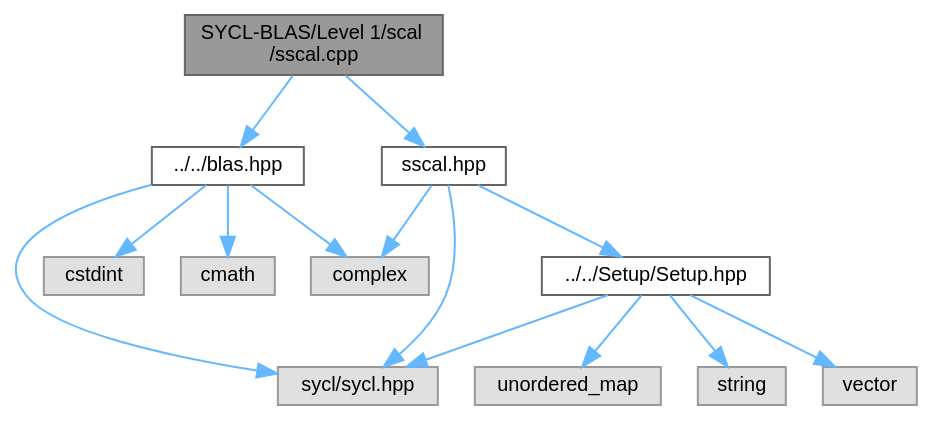
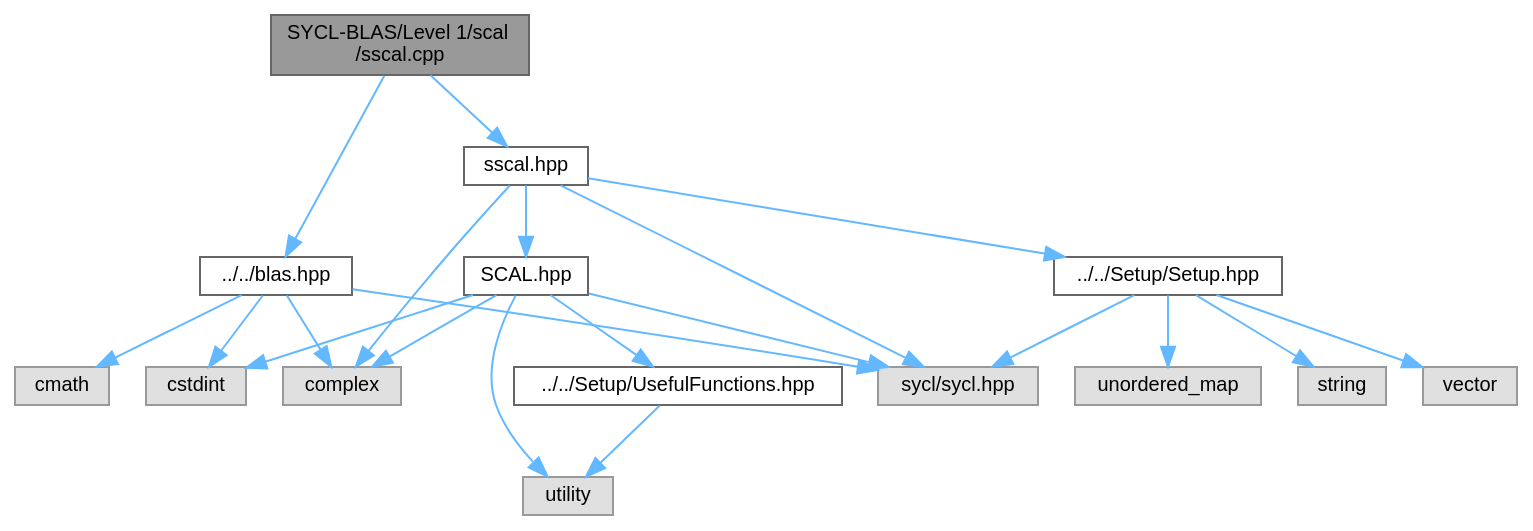
The diagram in docs/sscal_8cpp__incl.dot (Mayukh-Banik/SYCL-BLAS), drawn with Graphviz before and after one commit. The commit also changed 132 other files, not shown here.

```diff
--- a/docs/sscal_8cpp__incl.dot
+++ b/docs/sscal_8cpp__incl.dot
@@ -1,31 +1,41 @@
 digraph "SYCL-BLAS/Level 1/scal/sscal.cpp"
 {
  // LATEX_PDF_SIZE
   bgcolor="transparent";
   edge [fontname=Helvetica,fontsize=10,labelfontname=Helvetica,labelfontsize=10];
   node [fontname=Helvetica,fontsize=10,shape=box,height=0.2,width=0.4];
   Node1 [id="Node000001",label="SYCL-BLAS/Level 1/scal\l/sscal.cpp",height=0.2,width=0.4,color="gray40", fillcolor="grey60", style="filled", fontcolor="black",tooltip=" "];
   Node1 -> Node2 [id="edge1_Node000001_Node000002",color="steelblue1",style="solid",tooltip=" "];
   Node2 [id="Node000002",label="../../blas.hpp",height=0.2,width=0.4,color="grey40", fillcolor="white", style="filled",URL="$blas_8hpp.html",tooltip=" "];
   Node2 -> Node3 [id="edge2_Node000002_Node000003",color="steelblue1",style="solid",tooltip=" "];
   Node3 [id="Node000003",label="sycl/sycl.hpp",height=0.2,width=0.4,color="grey60", fillcolor="#E0E0E0", style="filled",tooltip=" "];
   Node2 -> Node4 [id="edge3_Node000002_Node000004",color="steelblue1",style="solid",tooltip=" "];
   Node4 [id="Node000004",label="cstdint",height=0.2,width=0.4,color="grey60", fillcolor="#E0E0E0", style="filled",tooltip=" "];
   Node2 -> Node5 [id="edge4_Node000002_Node000005",color="steelblue1",style="solid",tooltip=" "];
   Node5 [id="Node000005",label="cmath",height=0.2,width=0.4,color="grey60", fillcolor="#E0E0E0", style="filled",tooltip=" "];
   Node2 -> Node6 [id="edge5_Node000002_Node000006",color="steelblue1",style="solid",tooltip=" "];
   Node6 [id="Node000006",label="complex",height=0.2,width=0.4,color="grey60", fillcolor="#E0E0E0", style="filled",tooltip=" "];
   Node1 -> Node7 [id="edge6_Node000001_Node000007",color="steelblue1",style="solid",tooltip=" "];
   Node7 [id="Node000007",label="sscal.hpp",height=0.2,width=0.4,color="grey40", fillcolor="white", style="filled",URL="$sscal_8hpp.html",tooltip=" "];
   Node7 -> Node3 [id="edge7_Node000007_Node000003",color="steelblue1",style="solid",tooltip=" "];
-  Node7 -> Node6 [id="edge8_Node000007_Node000006",color="steelblue1",style="solid",tooltip=" "];
-  Node7 -> Node8 [id="edge9_Node000007_Node000008",color="steelblue1",style="solid",tooltip=" "];
+  Node7 -> Node8 [id="edge8_Node000007_Node000008",color="steelblue1",style="solid",tooltip=" "];
   Node8 [id="Node000008",label="../../Setup/Setup.hpp",height=0.2,width=0.4,color="grey40", fillcolor="white", style="filled",URL="$Setup_8hpp.html",tooltip=" "];
-  Node8 -> Node9 [id="edge10_Node000008_Node000009",color="steelblue1",style="solid",tooltip=" "];
+  Node8 -> Node9 [id="edge9_Node000008_Node000009",color="steelblue1",style="solid",tooltip=" "];
   Node9 [id="Node000009",label="unordered_map",height=0.2,width=0.4,color="grey60", fillcolor="#E0E0E0", style="filled",tooltip=" "];
-  Node8 -> Node10 [id="edge11_Node000008_Node000010",color="steelblue1",style="solid",tooltip=" "];
+  Node8 -> Node10 [id="edge10_Node000008_Node000010",color="steelblue1",style="solid",tooltip=" "];
   Node10 [id="Node000010",label="string",height=0.2,width=0.4,color="grey60", fillcolor="#E0E0E0", style="filled",tooltip=" "];
-  Node8 -> Node3 [id="edge12_Node000008_Node000003",color="steelblue1",style="solid",tooltip=" "];
-  Node8 -> Node11 [id="edge13_Node000008_Node000011",color="steelblue1",style="solid",tooltip=" "];
+  Node8 -> Node3 [id="edge11_Node000008_Node000003",color="steelblue1",style="solid",tooltip=" "];
+  Node8 -> Node11 [id="edge12_Node000008_Node000011",color="steelblue1",style="solid",tooltip=" "];
   Node11 [id="Node000011",label="vector",height=0.2,width=0.4,color="grey60", fillcolor="#E0E0E0", style="filled",tooltip=" "];
+  Node7 -> Node12 [id="edge13_Node000007_Node000012",color="steelblue1",style="solid",tooltip=" "];
+  Node12 [id="Node000012",label="SCAL.hpp",height=0.2,width=0.4,color="grey40", fillcolor="white", style="filled",URL="$SCAL_8hpp.html",tooltip=" "];
+  Node12 -> Node3 [id="edge14_Node000012_Node000003",color="steelblue1",style="solid",tooltip=" "];
+  Node12 -> Node4 [id="edge15_Node000012_Node000004",color="steelblue1",style="solid",tooltip=" "];
+  Node12 -> Node13 [id="edge16_Node000012_Node000013",color="steelblue1",style="solid",tooltip=" "];
+  Node13 [id="Node000013",label="utility",height=0.2,width=0.4,color="grey60", fillcolor="#E0E0E0", style="filled",tooltip=" "];
+  Node12 -> Node14 [id="edge17_Node000012_Node000014",color="steelblue1",style="solid",tooltip=" "];
+  Node14 [id="Node000014",label="../../Setup/UsefulFunctions.hpp",height=0.2,width=0.4,color="grey40", fillcolor="white", style="filled",URL="$UsefulFunctions_8hpp.html",tooltip=" "];
+  Node14 -> Node13 [id="edge18_Node000014_Node000013",color="steelblue1",style="solid",tooltip=" "];
+  Node12 -> Node6 [id="edge19_Node000012_Node000006",color="steelblue1",style="solid",tooltip=" "];
+  Node7 -> Node6 [id="edge20_Node000007_Node000006",color="steelblue1",style="solid",tooltip=" "];
 }
```
